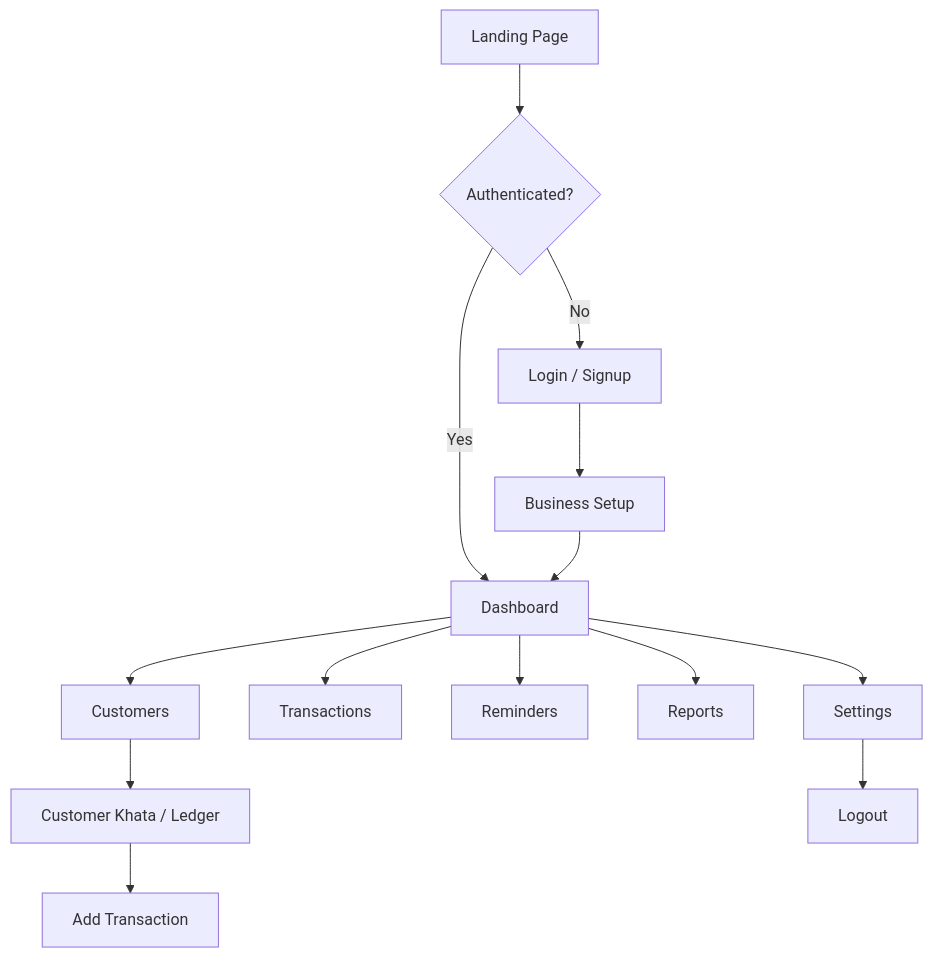
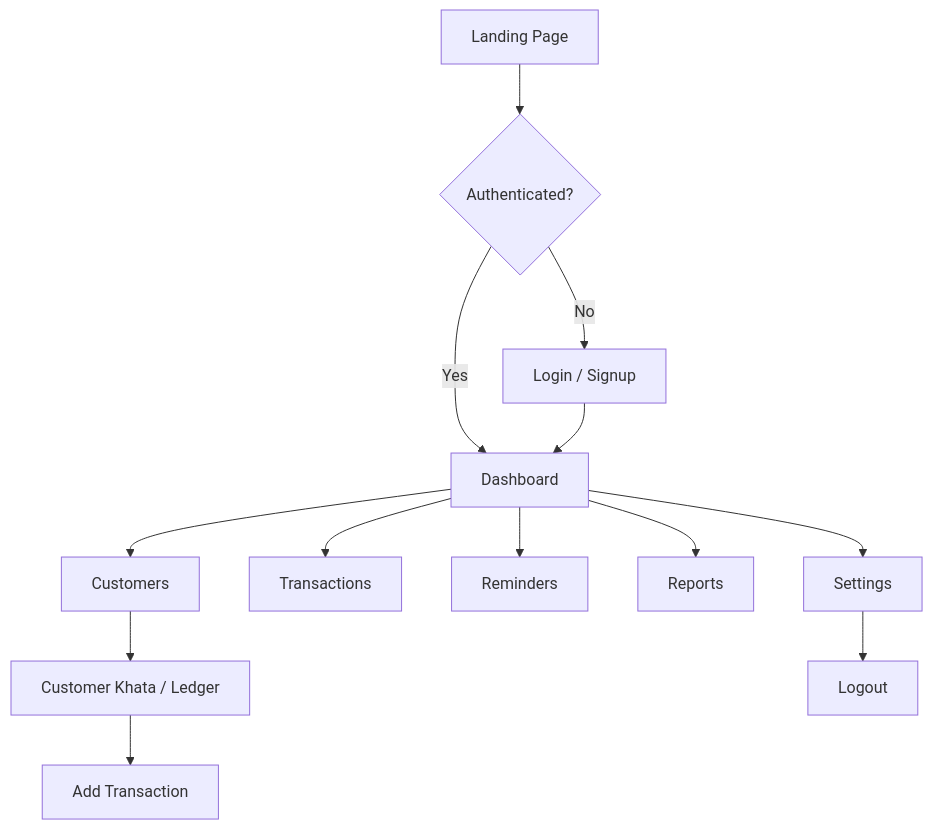
One commit to Bilalrasheedsatti/hisabdo-day12-mern changed the diagram in README.md. Above: the diagram before and after it, drawn with Mermaid. The commit also changed other lines of this file and 31 other files, not shown here.

````diff
--- a/README.md
+++ b/README.md
@@ -35,16 +37,15 @@
 ```mermaid
 flowchart TD
     A[Landing Page] --> B{Authenticated?}
     B -->|No| C[Login / Signup]
     B -->|Yes| D[Dashboard]
-    C --> E[Business Setup]
-    E --> D
+    C --> D
     D --> F[Customers]
     F --> G[Customer Khata / Ledger]
     G --> H[Add Transaction]
     D --> I[Transactions]
     D --> J[Reminders]
     D --> K[Reports]
     D --> L[Settings]
     L --> M[Logout]
 ```
````
